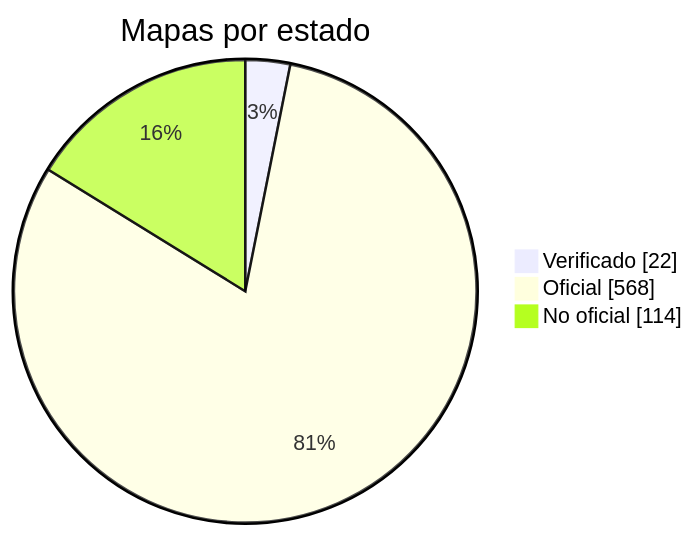
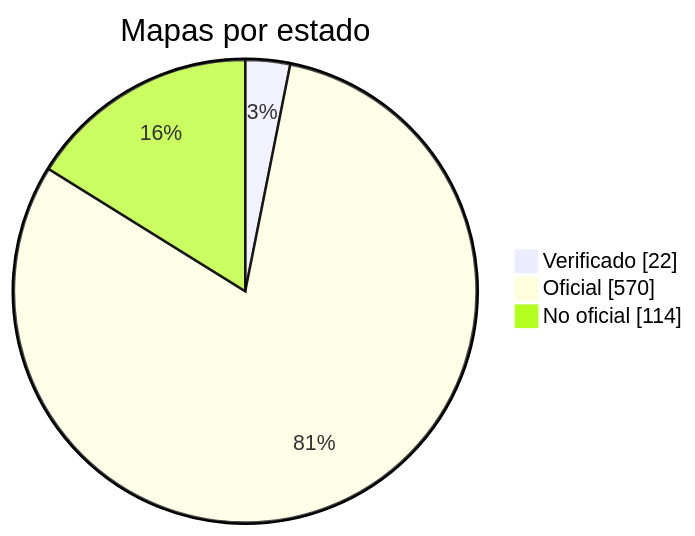
Before and after one commit to nobrega8/mbmap-library: the diagram in docs/readme/README_ES.md, drawn with Mermaid. The commit also changed 7 other files, not shown here.

````diff
--- a/docs/readme/README_ES.md
+++ b/docs/readme/README_ES.md
@@ -54,7 +54,7 @@
 ```mermaid
 pie showData
     title Mapas por estado
     "Verificado" : 22
-    "Oficial" : 568
+    "Oficial" : 570
     "No oficial" : 114
 ```
````
